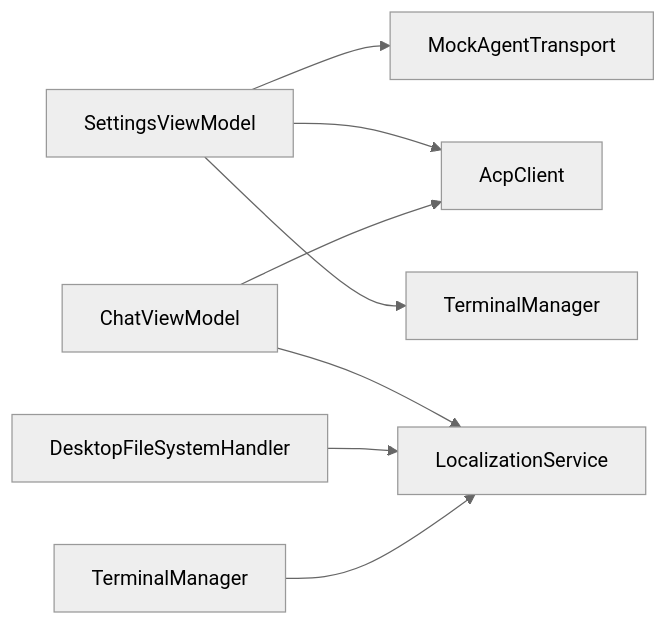
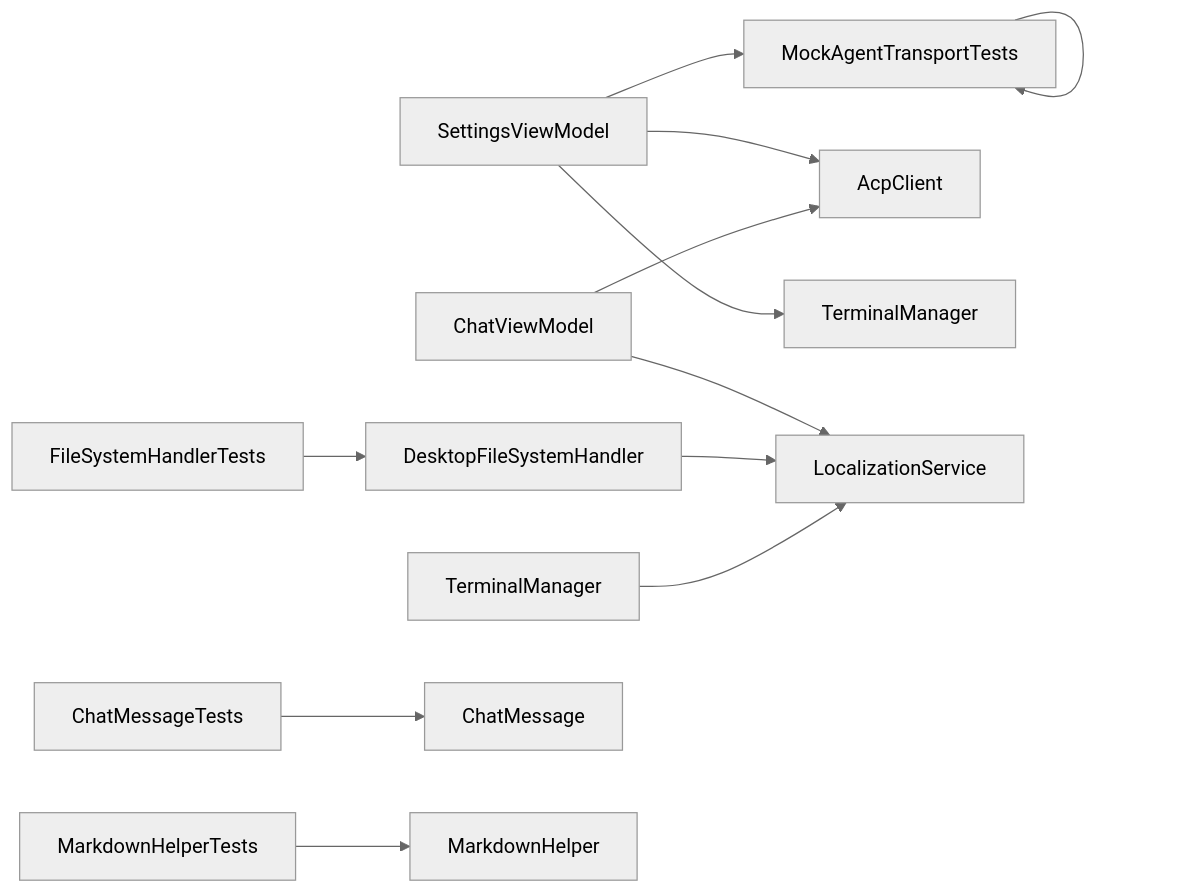
Before and after one commit to AgenticDesktop/App: the ninth of 9 diagrams in .qoder/repowiki/en/content/Development Tools.md, drawn with Mermaid (neutral theme). The commit also changed other lines of this file and 108 other files, not shown here.

````diff
--- a/.qoder/repowiki/en/content/Development Tools.md
+++ b/.qoder/repowiki/en/content/Development Tools.md
@@ -324,10 +435,14 @@
 ```mermaid
 graph LR
 SVM["SettingsViewModel"] --> MAT["MockAgentTransport"]
 SVM --> ACP["AcpClient"]
 SVM --> TERM["TerminalManager"]
 CVM["ChatViewModel"] --> ACP
 CVM --> LS["LocalizationService"]
 FSH["DesktopFileSystemHandler"] --> LS
 TM["TerminalManager"] --> LS
+CMT["ChatMessageTests"] --> CM["ChatMessage"]
+FHT["FileSystemHandlerTests"] --> FSH
+MHT["MarkdownHelperTests"] --> MH["MarkdownHelper"]
+MAT["MockAgentTransportTests"] --> MAT
 ```
````
